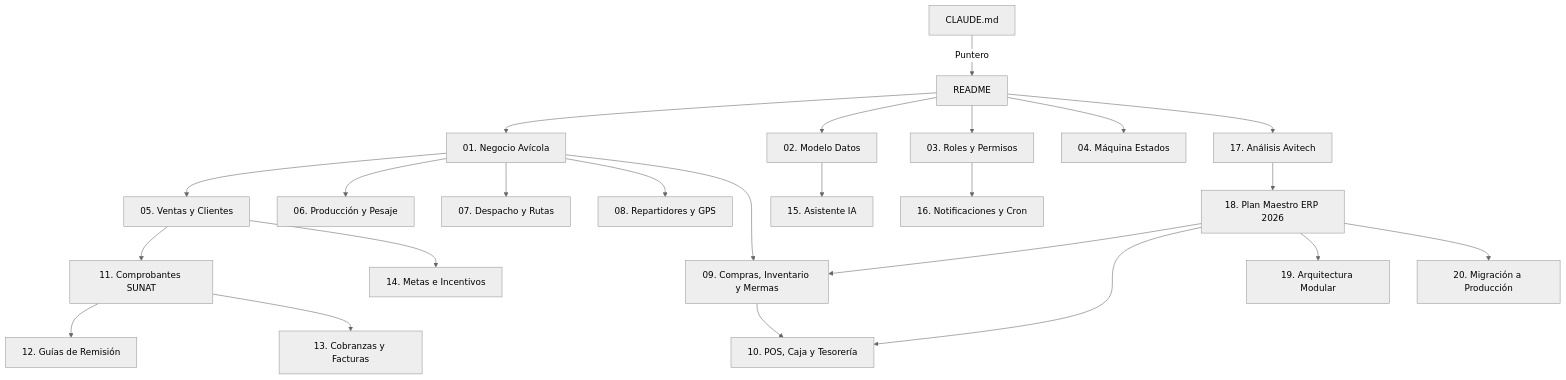
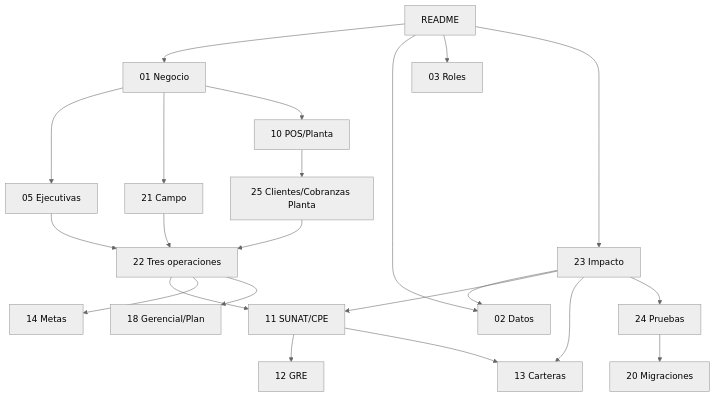
The diagram in docs/arquitectura/README.md (HugoHerreraCoach/transavic), drawn with Mermaid (neutral theme) before and after one commit. The commit also changed other lines of this file and 70 other files, not shown here.

````diff
--- a/docs/arquitectura/README.md
+++ b/docs/arquitectura/README.md
@@ -65,30 +65,28 @@
 ```mermaid
 graph TD
-    CM[CLAUDE.md] -->|Puntero| README
-    README --> D01[01. Negocio Avícola]
-    README --> D02[02. Modelo Datos]
-    README --> D03[03. Roles y Permisos]
-    README --> D04[04. Máquina Estados]
-    
-    D01 --> D05[05. Ventas y Clientes]
-    D01 --> D06[06. Producción y Pesaje]
-    D01 --> D07[07. Despacho y Rutas]
-    D01 --> D08[08. Repartidores y GPS]
-    D01 --> D09[09. Compras, Inventario y Mermas]
-    D09 --> D10[10. POS, Caja y Tesorería]
-    
-    D05 --> D11[11. Comprobantes SUNAT]
-    D11 --> D12[12. Guías de Remisión]
-    D11 --> D13[13. Cobranzas y Facturas]
-    D05 --> D14[14. Metas e Incentivos]
-    
-    D02 --> D15[15. Asistente IA]
-    D03 --> D16[16. Notificaciones y Cron]
+    R[README] --> N[01 Negocio]
+    R --> D[02 Datos]
+    R --> P[03 Roles]
+    R --> I[23 Impacto]
 
-    README --> D17[17. Análisis Avitech]
-    D17 --> D18[18. Plan Maestro ERP 2026]
-    D18 --> D09
-    D18 --> D10
-    D18 --> D19[19. Arquitectura Modular]
-    D18 --> D20[20. Migración a Producción]
+    N --> E[05 Ejecutivas]
+    N --> C[21 Campo]
+    N --> POS[10 POS/Planta]
+    POS --> CP[25 Clientes/Cobranzas Planta]
+
+    E --> O[22 Tres operaciones]
+    C --> O
+    CP --> O
+
+    O --> S[11 SUNAT/CPE]
+    S --> G[12 GRE]
+    S --> COB[13 Carteras]
+    O --> M[14 Metas]
+    O --> GER[18 Gerencial/Plan]
+
+    I --> D
+    I --> S
+    I --> COB
+    I --> T[24 Pruebas]
+    T --> DEP[20 Migraciones]
 ```
````
